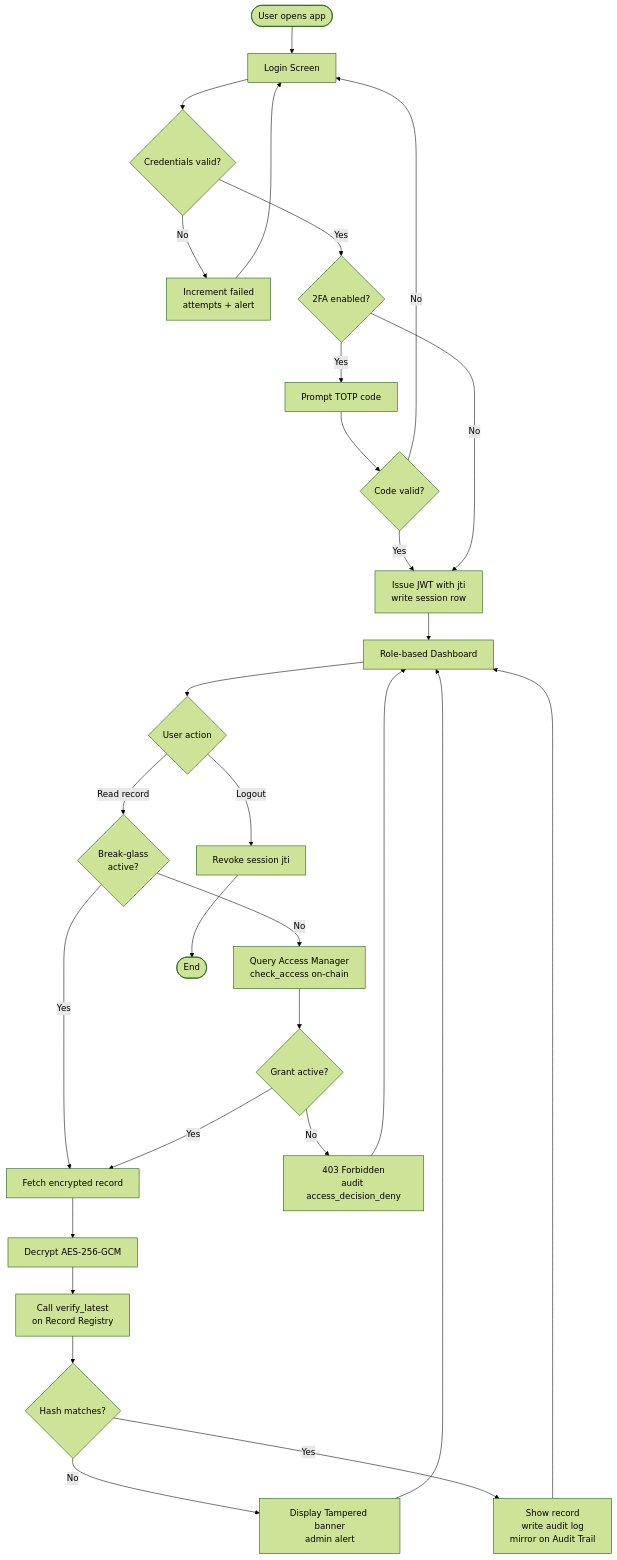
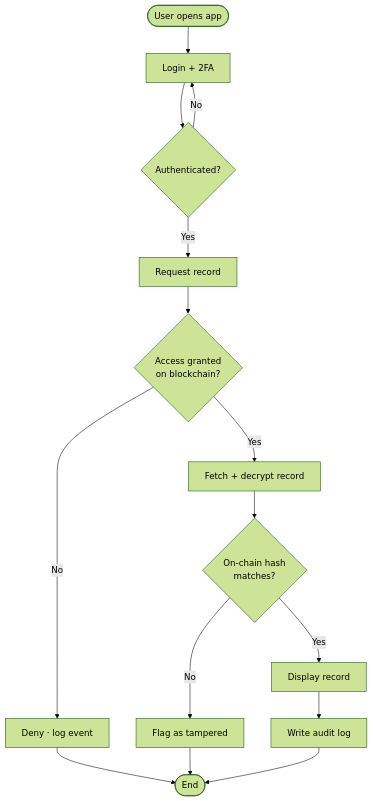
One commit to justrhey/capstone changed the sixth of 9 diagrams in ehr-blockchain/docs/chapter3-diagrams.md. Above: the diagram before and after it, drawn with Mermaid (forest theme). The commit also changed other lines of this file and 173 other files, not shown here.

````diff
--- a/ehr-blockchain/docs/chapter3-diagrams.md
+++ b/ehr-blockchain/docs/chapter3-diagrams.md
@@ -175,33 +120,17 @@
 ```mermaid
 flowchart TD
-    START([User opens app]) --> LOGIN[Login Screen]
-    LOGIN --> CREDS{Credentials valid?}
-    CREDS -- No --> ERR[Increment failed<br/>attempts + alert]
-    ERR --> LOGIN
-    CREDS -- Yes --> TOTP{2FA enabled?}
-    TOTP -- Yes --> OTP[Prompt TOTP code]
-    OTP --> OTPV{Code valid?}
-    OTPV -- No --> LOGIN
-    OTPV -- Yes --> ISS
-    TOTP -- No --> ISS[Issue JWT with jti<br/>write session row]
-    ISS --> DASH[Role-based Dashboard]
-    DASH --> ACT{User action}
-
-    ACT -- Read record --> BG{Break-glass<br/>active?}
-    BG -- Yes --> FETCH
-    BG -- No --> CHK[Query Access Manager<br/>check_access on-chain]
-    CHK --> GR{Grant active?}
-    GR -- No --> DENY[403 Forbidden<br/>audit access_decision_deny]
-    GR -- Yes --> FETCH[Fetch encrypted record]
-    FETCH --> DEC[Decrypt AES-256-GCM]
-    DEC --> HASH[Call verify_latest<br/>on Record Registry]
-    HASH --> TAMP{Hash matches?}
-    TAMP -- No --> REDBANNER[Display Tampered banner<br/>admin alert]
-    TAMP -- Yes --> SHOW[Show record<br/>write audit log<br/>mirror on Audit Trail]
-
-    ACT -- Logout --> REV[Revoke session jti]
-    REV --> END([End])
-    DENY --> DASH
-    REDBANNER --> DASH
-    SHOW --> DASH
+    START([User opens app]) --> LOGIN[Login + 2FA]
+    LOGIN --> OK{Authenticated?}
+    OK -- No --> LOGIN
+    OK -- Yes --> REQ[Request record]
+    REQ --> ACC{Access granted<br/>on blockchain?}
+    ACC -- No --> DENY[Deny · log event]
+    ACC -- Yes --> FETCH[Fetch + decrypt record]
+    FETCH --> VERIFY{On-chain hash<br/>matches?}
+    VERIFY -- No --> TAMPER[Flag as tampered]
+    VERIFY -- Yes --> SHOW[Display record]
+    SHOW --> AUDIT[Write audit log]
+    DENY --> END([End])
+    TAMPER --> END
+    AUDIT --> END
 ```
````
